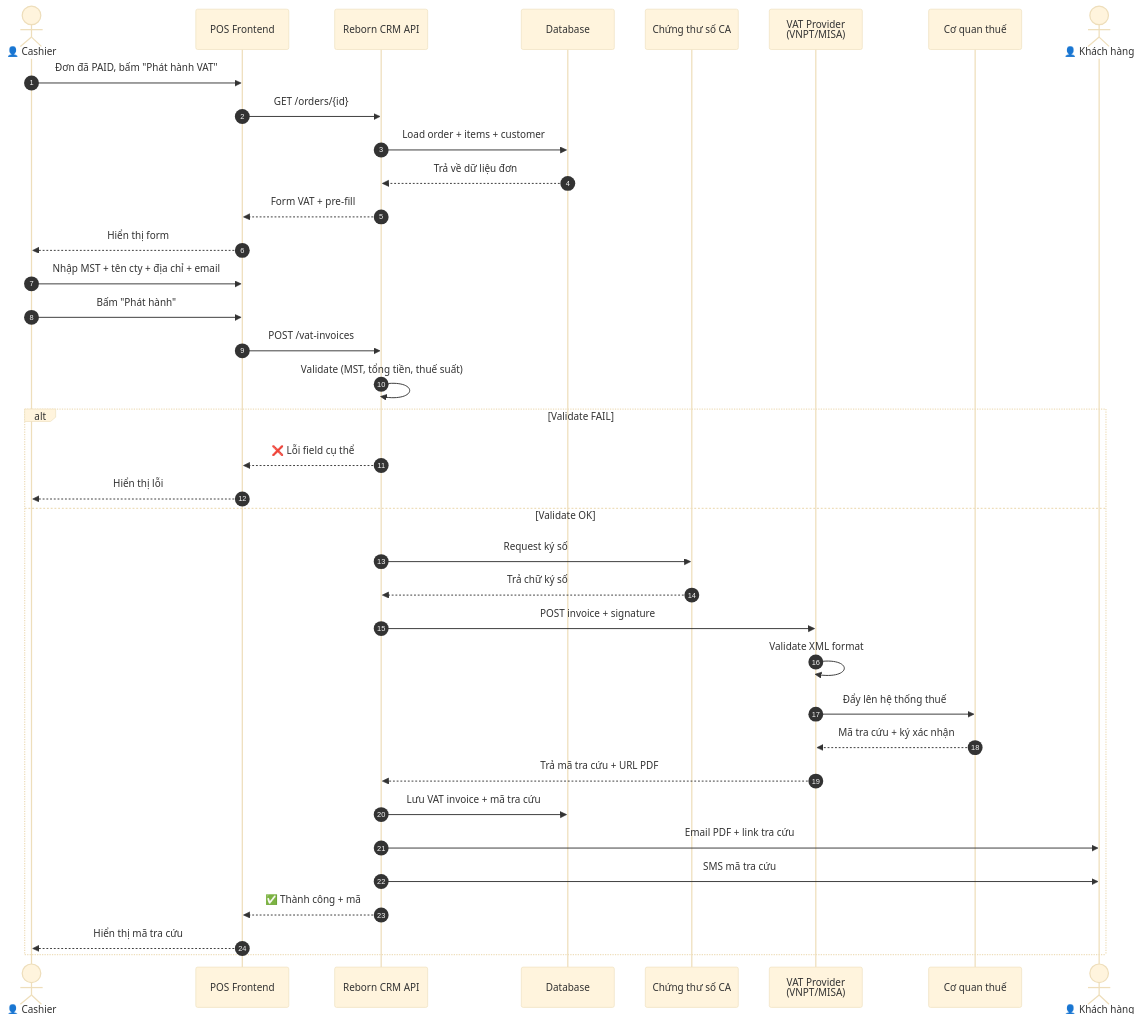
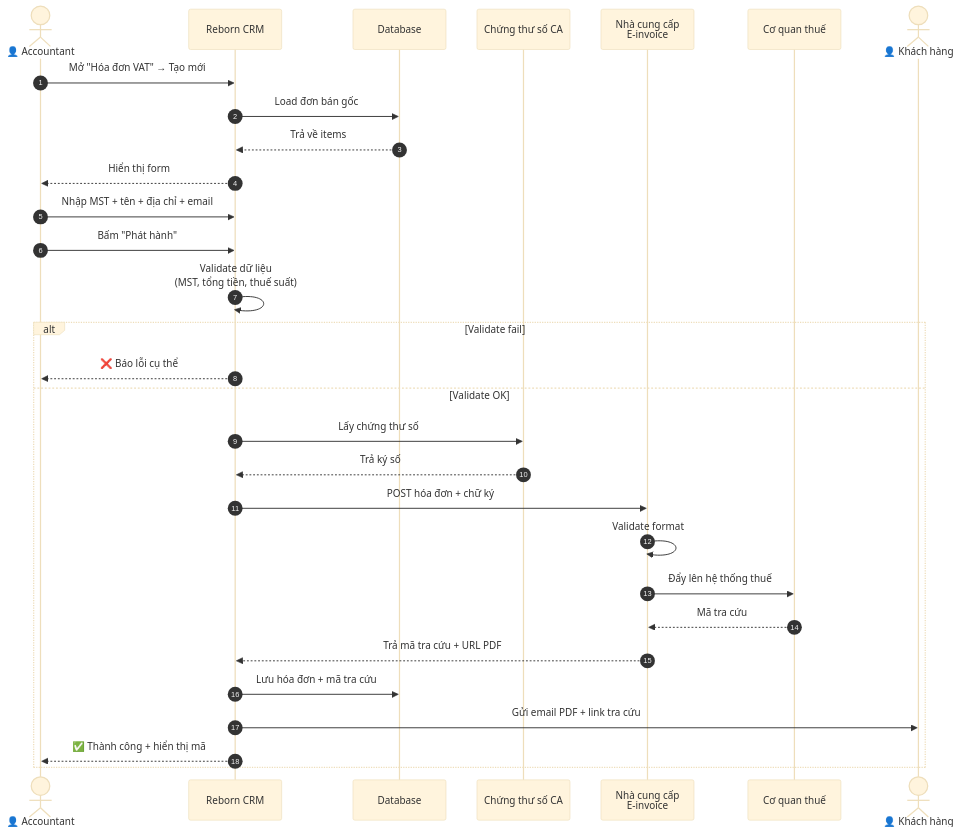
One commit to ducdung872001/cloud-crm changed the diagram in docs/urd/diagrams/sources/14-sequence-vat.mmd. Above: the diagram before and after it, drawn with Mermaid. The commit also changed 1441 other files, not shown here.

```diff
--- a/docs/urd/diagrams/sources/14-sequence-vat.mmd
+++ b/docs/urd/diagrams/sources/14-sequence-vat.mmd
@@ -1,40 +1,33 @@
 %%{init: {'theme':'base', 'themeVariables': {'fontFamily':'Calibri'}}}%%
 sequenceDiagram
     autonumber
-    actor CASH as 👤 Cashier
-    participant POS as POS Frontend
-    participant CRM as Reborn CRM API
+    actor ACC as 👤 Accountant
+    participant CRM as Reborn CRM
     participant DB as Database
     participant CA as Chứng thư số CA
-    participant EI as VAT Provider<br/>(VNPT/MISA)
+    participant EI as Nhà cung cấp<br/>E-invoice
     participant TAX as Cơ quan thuế
     actor CUST as 👤 Khách hàng
 
-    CASH->>POS: Đơn đã PAID, bấm "Phát hành VAT"
-    POS->>CRM: GET /orders/{id}
-    CRM->>DB: Load order + items + customer
-    DB-->>CRM: Trả về dữ liệu đơn
-    CRM-->>POS: Form VAT + pre-fill
-    POS-->>CASH: Hiển thị form
-    CASH->>POS: Nhập MST + tên cty + địa chỉ + email
-    CASH->>POS: Bấm "Phát hành"
-    POS->>CRM: POST /vat-invoices
+    ACC->>CRM: Mở "Hóa đơn VAT" → Tạo mới
+    CRM->>DB: Load đơn bán gốc
+    DB-->>CRM: Trả về items
+    CRM-->>ACC: Hiển thị form
+    ACC->>CRM: Nhập MST + tên + địa chỉ + email
+    ACC->>CRM: Bấm "Phát hành"
 
-    CRM->>CRM: Validate (MST, tổng tiền, thuế suất)
-    alt Validate FAIL
-        CRM-->>POS: ❌ Lỗi field cụ thể
-        POS-->>CASH: Hiển thị lỗi
+    CRM->>CRM: Validate dữ liệu<br/>(MST, tổng tiền, thuế suất)
+    alt Validate fail
+        CRM-->>ACC: ❌ Báo lỗi cụ thể
     else Validate OK
-        CRM->>CA: Request ký số
-        CA-->>CRM: Trả chữ ký số
-        CRM->>EI: POST invoice + signature
-        EI->>EI: Validate XML format
+        CRM->>CA: Lấy chứng thư số
+        CA-->>CRM: Trả ký số
+        CRM->>EI: POST hóa đơn + chữ ký
+        EI->>EI: Validate format
         EI->>TAX: Đẩy lên hệ thống thuế
-        TAX-->>EI: Mã tra cứu + ký xác nhận
+        TAX-->>EI: Mã tra cứu
         EI-->>CRM: Trả mã tra cứu + URL PDF
-        CRM->>DB: Lưu VAT invoice + mã tra cứu
-        CRM->>CUST: Email PDF + link tra cứu
-        CRM->>CUST: SMS mã tra cứu
-        CRM-->>POS: ✅ Thành công + mã
-        POS-->>CASH: Hiển thị mã tra cứu
+        CRM->>DB: Lưu hóa đơn + mã tra cứu
+        CRM->>CUST: Gửi email PDF + link tra cứu
+        CRM-->>ACC: ✅ Thành công + hiển thị mã
     end
```
